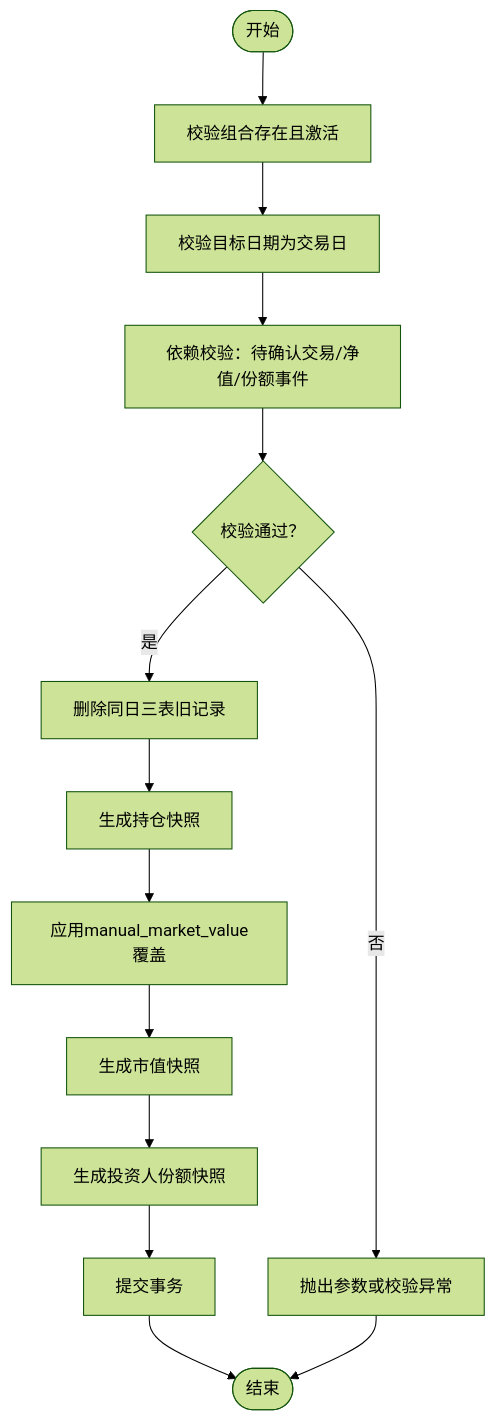
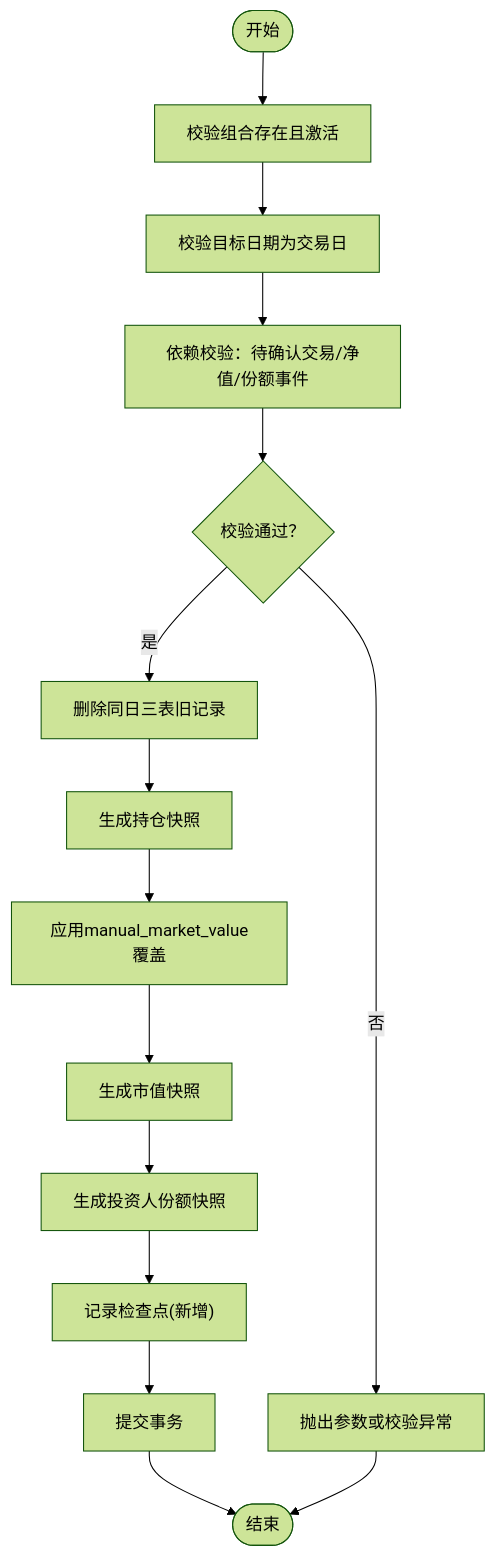
Before and after one commit to gujialind/InvestRing: the third of 9 diagrams in .qoder/repowiki/zh/content/后端API文档/快照系统API.md, drawn with Mermaid (forest theme). The commit also changed other lines of this file and 15 other files, not shown here.

````diff
--- a/.qoder/repowiki/zh/content/后端API文档/快照系统API.md
+++ b/.qoder/repowiki/zh/content/后端API文档/快照系统API.md
@@ -190,16 +205,17 @@
 ```mermaid
 flowchart TD
 Start(["开始"]) --> V1["校验组合存在且激活"]
 V1 --> V2["校验目标日期为交易日"]
 V2 --> V3["依赖校验：待确认交易/净值/份额事件"]
 V3 --> V3OK{"校验通过？"}
 V3OK -- 否 --> Err["抛出参数或校验异常"]
 V3OK -- 是 --> D1["删除同日三表旧记录"]
 D1 --> P1["生成持仓快照"]
 P1 --> PMV["应用manual_market_value覆盖"]
 PMV --> V2S["生成市值快照"]
 V2S --> H1["生成投资人份额快照"]
-H1 --> Commit["提交事务"]
+H1 --> Checkpoint["记录检查点(新增)"]
+Checkpoint --> Commit["提交事务"]
 Commit --> Done(["结束"])
 Err --> Done
 ```
````
